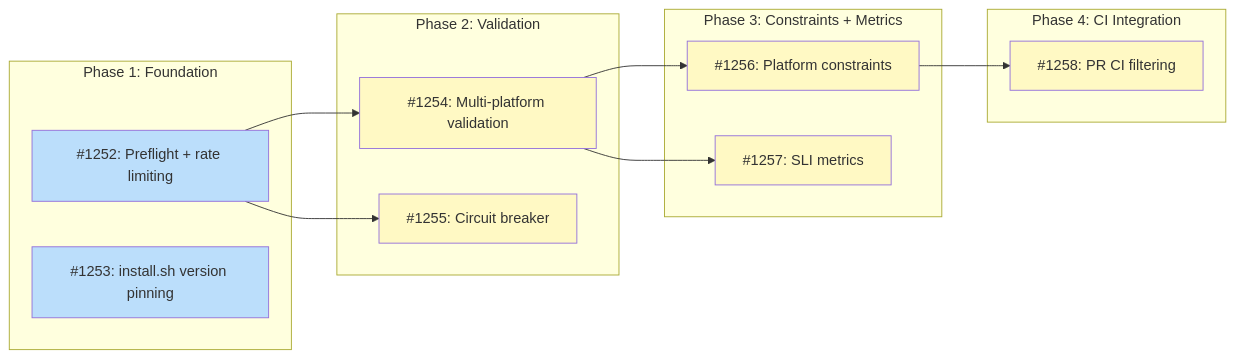
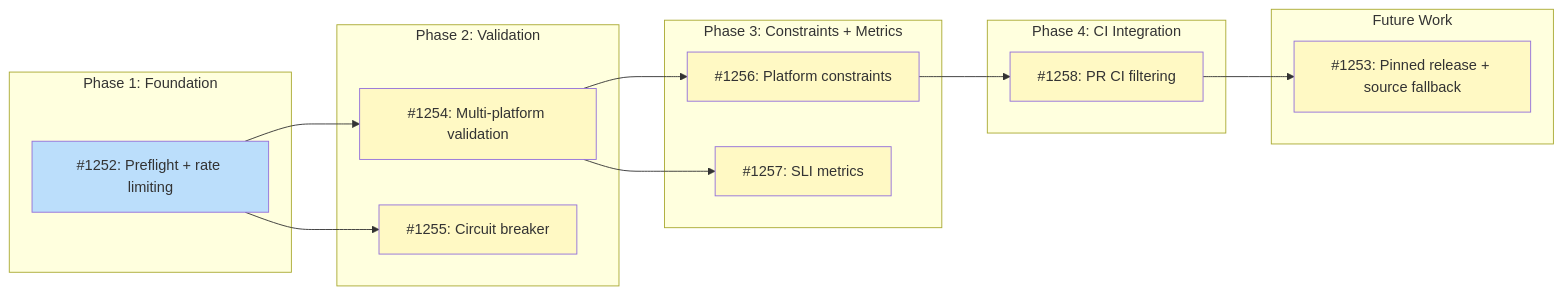
Before and after one commit to tsukumogami/tsuku: the diagram in docs/designs/DESIGN-batch-recipe-generation.md, drawn with Mermaid. The commit also changed other lines of this file and 2 other files, not shown here.

````diff
--- a/docs/designs/DESIGN-batch-recipe-generation.md
+++ b/docs/designs/DESIGN-batch-recipe-generation.md
@@ -30,35 +30,40 @@
 ```mermaid
 graph LR
     subgraph Phase1["Phase 1: Foundation"]
         I1252["#1252: Preflight + rate limiting"]
-        I1253["#1253: install.sh version pinning"]
     end
 
     subgraph Phase2["Phase 2: Validation"]
         I1254["#1254: Multi-platform validation"]
         I1255["#1255: Circuit breaker"]
     end
 
     subgraph Phase3["Phase 3: Constraints + Metrics"]
         I1256["#1256: Platform constraints"]
         I1257["#1257: SLI metrics"]
     end
 
     subgraph Phase4["Phase 4: CI Integration"]
         I1258["#1258: PR CI filtering"]
     end
 
+    subgraph Future["Future Work"]
+        I1253["#1253: Pinned release + source fallback"]
+    end
+
     I1252 --> I1254
     I1252 --> I1255
     I1254 --> I1256
     I1254 --> I1257
     I1256 --> I1258
+    I1258 --> I1253
 
     classDef done fill:#c8e6c9
     classDef ready fill:#bbdefb
     classDef blocked fill:#fff9c4
     classDef needsDesign fill:#e1bee7
 
-    class I1252,I1253 ready
+    class I1252 ready
+    class I1253 blocked
     class I1254,I1255,I1256,I1257,I1258 blocked
 ```
````
